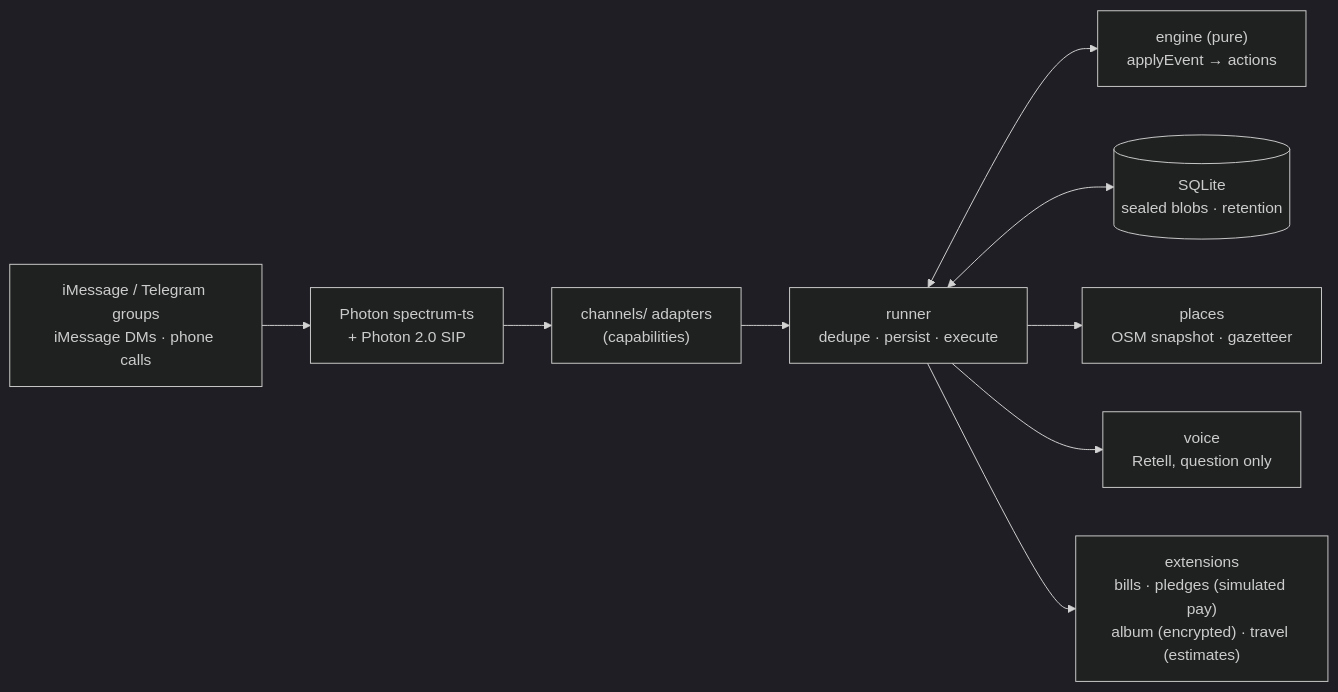
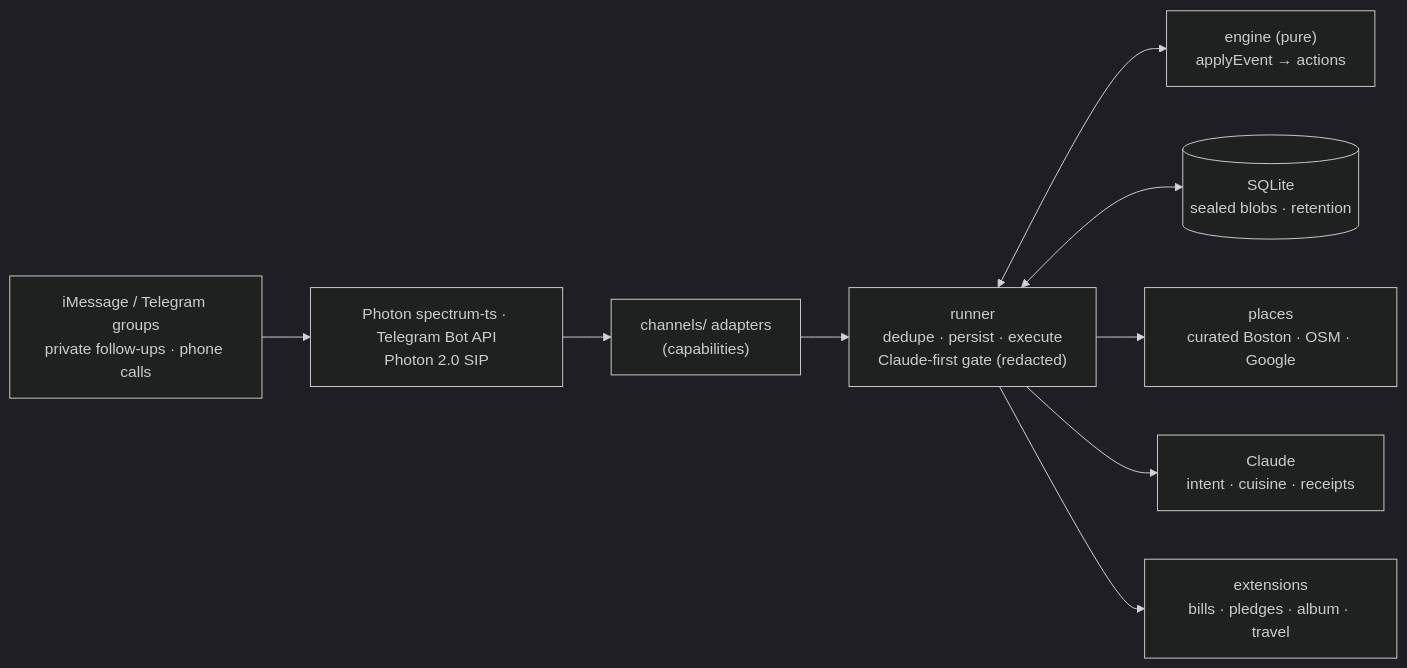
The diagram in README.md (ehabda05/wtw), drawn with Mermaid (dark theme) before and after one commit. The commit also changed other lines of this file and 67 other files, not shown here.

````diff
--- a/README.md
+++ b/README.md
@@ -240,11 +136,11 @@
 ```mermaid
 flowchart LR
-  Chats["iMessage / Telegram groups<br/>iMessage DMs · phone calls"] --> Photon["Photon spectrum-ts<br/>+ Photon 2.0 SIP"]
+  Chats["iMessage / Telegram groups<br/>private follow-ups · phone calls"] --> Photon["Photon spectrum-ts · Telegram Bot API<br/>Photon 2.0 SIP"]
   Photon --> Adapters["channels/ adapters<br/>(capabilities)"]
-  Adapters --> Runner["runner<br/>dedupe · persist · execute"]
+  Adapters --> Runner["runner<br/>dedupe · persist · execute<br/>Claude-first gate (redacted)"]
   Runner <--> Engine["engine (pure)<br/>applyEvent → actions"]
   Runner <--> DB[("SQLite<br/>sealed blobs · retention")]
-  Runner --> Places["places<br/>OSM snapshot · gazetteer"]
-  Runner --> Voice["voice<br/>Retell, question only"]
-  Runner --> Ext["extensions<br/>bills · pledges (simulated pay)<br/>album (encrypted) · travel (estimates)"]
+  Runner --> Places["places<br/>curated Boston · OSM · Google"]
+  Runner --> Claude["Claude<br/>intent · cuisine · receipts"]
+  Runner --> Ext["extensions<br/>bills · pledges · album · travel"]
 ```
````
